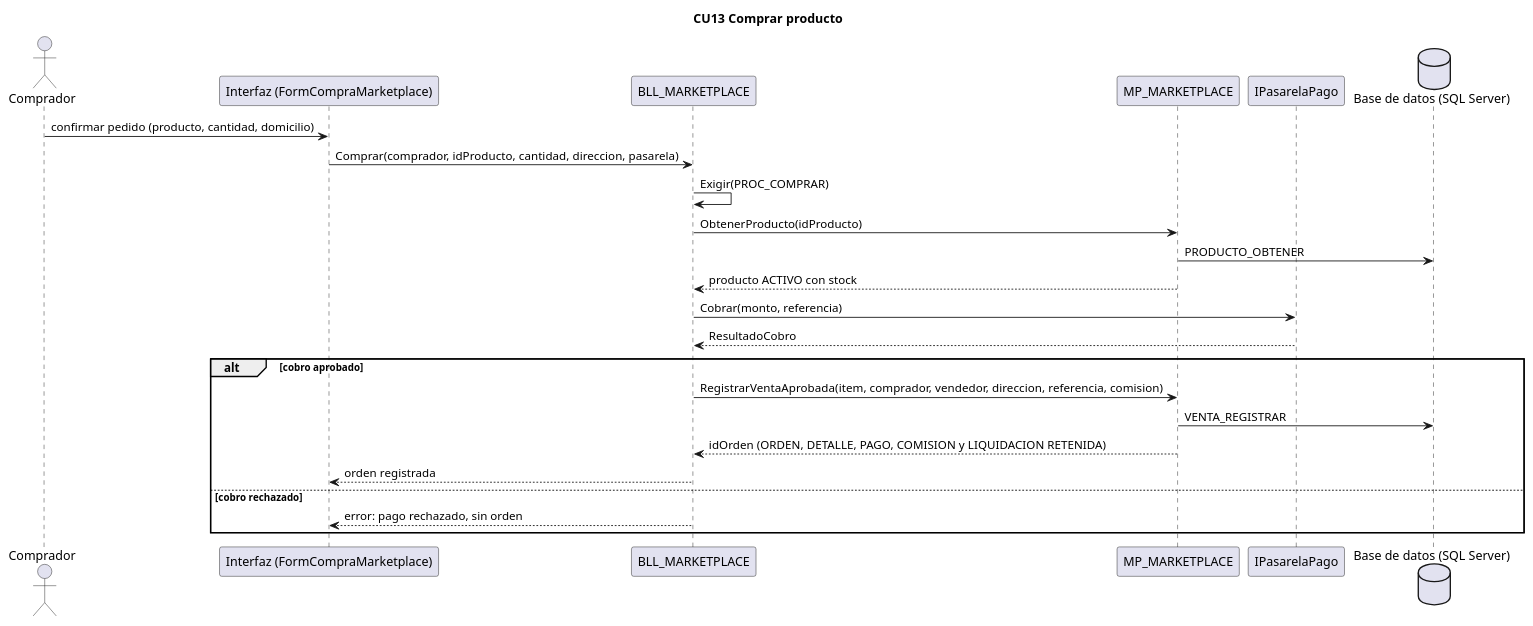
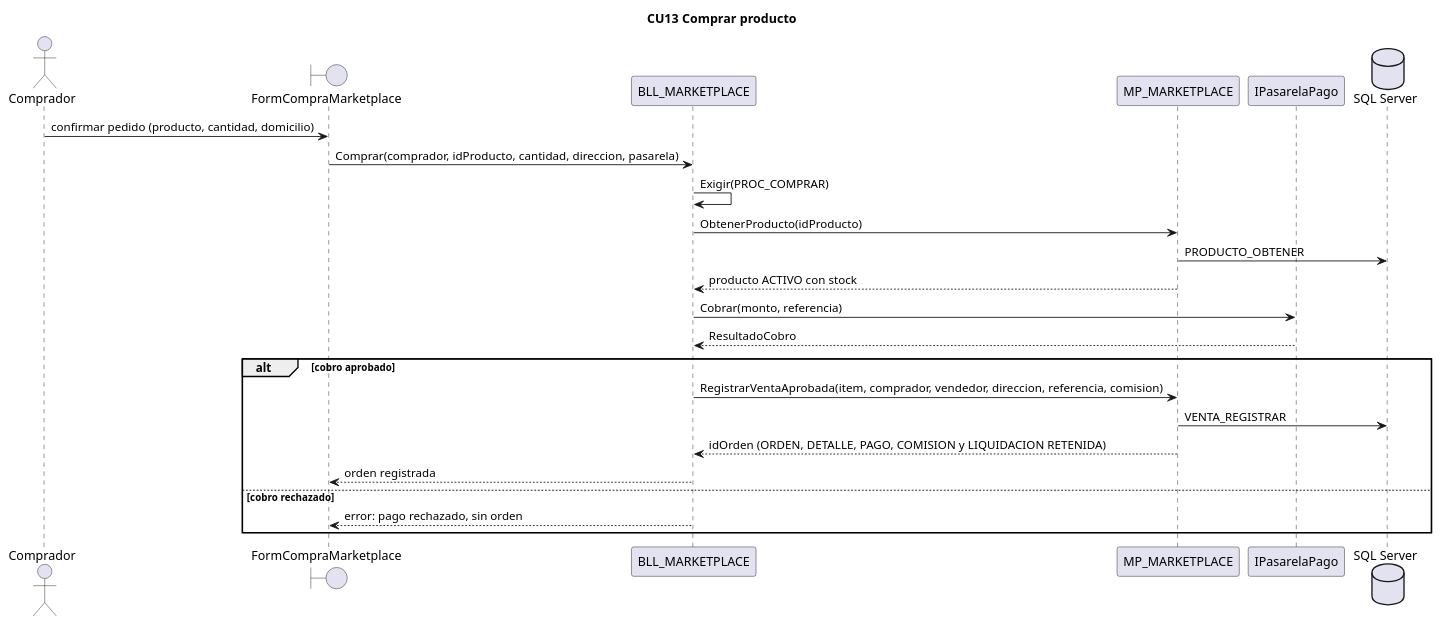
The diagram in docs/diagramas/secuencias/CU13_comprar_producto.puml (L-Muniz/uai-diploma_2026), drawn with PlantUML before and after one commit. The commit also changed 36 other files, not shown here.

Commit message:
Docs: secuencias con símbolos de interfaz (boundary) y base de datos (database) de PlantUML

```diff
--- a/docs/diagramas/secuencias/CU13_comprar_producto.puml
+++ b/docs/diagramas/secuencias/CU13_comprar_producto.puml
@@ -1,25 +1,25 @@
 @startuml CU13
 title CU13 Comprar producto
 actor Comprador
-participant "Interfaz (FormCompraMarketplace)" as IU
+boundary "FormCompraMarketplace" as IU
 participant "BLL_MARKETPLACE" as BLL
 participant "MP_MARKETPLACE" as DAL
 participant "IPasarelaPago" as PAS
-database "Base de datos (SQL Server)" as BD
+database "SQL Server" as BD
 Comprador -> IU : confirmar pedido (producto, cantidad, domicilio)
 IU -> BLL : Comprar(comprador, idProducto, cantidad, direccion, pasarela)
 BLL -> BLL : Exigir(PROC_COMPRAR)
 BLL -> DAL : ObtenerProducto(idProducto)
 DAL -> BD : PRODUCTO_OBTENER
 DAL --> BLL : producto ACTIVO con stock
 BLL -> PAS : Cobrar(monto, referencia)
 PAS --> BLL : ResultadoCobro
 alt cobro aprobado
   BLL -> DAL : RegistrarVentaAprobada(item, comprador, vendedor, direccion, referencia, comision)
 DAL -> BD : VENTA_REGISTRAR
   DAL --> BLL : idOrden (ORDEN, DETALLE, PAGO, COMISION y LIQUIDACION RETENIDA)
   BLL --> IU : orden registrada
 else cobro rechazado
   BLL --> IU : error: pago rechazado, sin orden
 end
 @enduml
```
